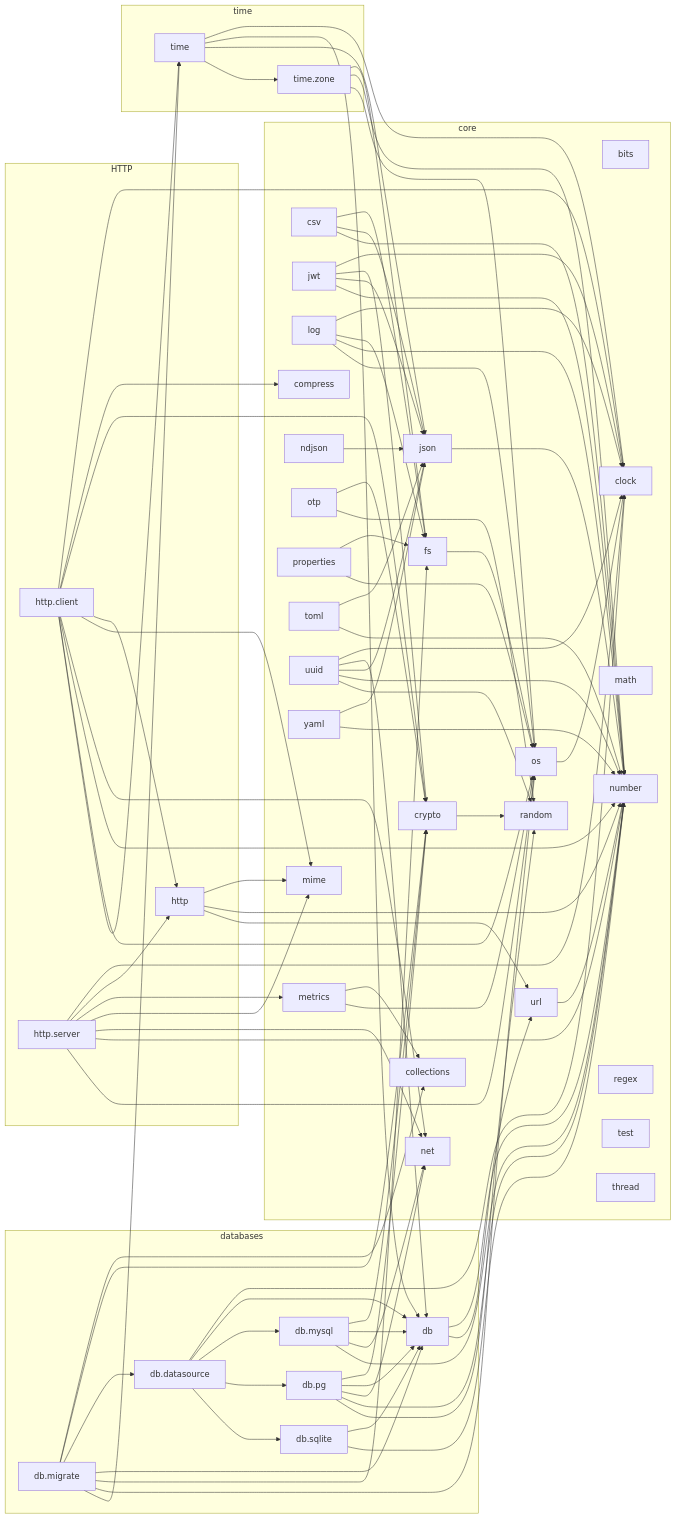
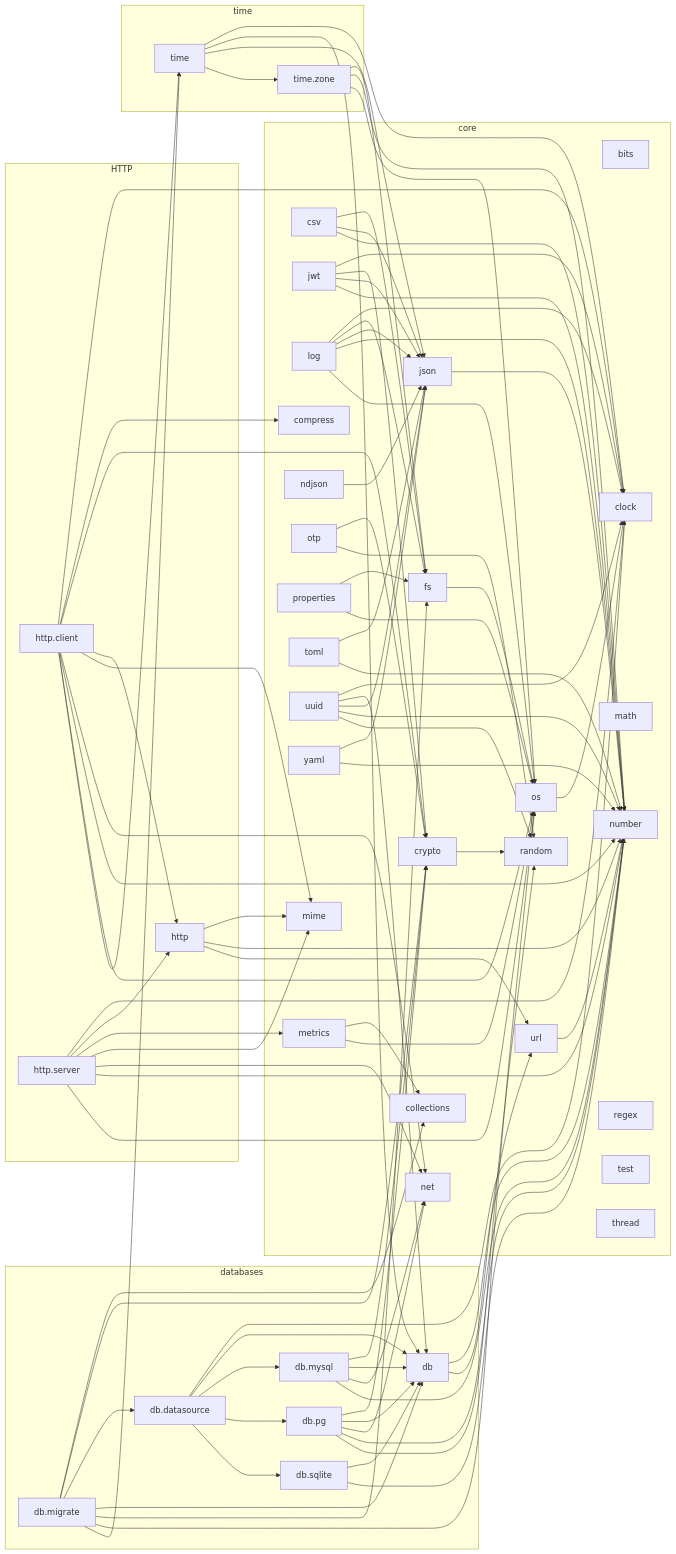
Before and after one commit to vasnatech/ziman: the diagram in docs/lib/dependencies.md, drawn with Mermaid. The commit also changed other lines of this file and 8 other files, not shown here.

```diff
--- a/docs/lib/dependencies.md
+++ b/docs/lib/dependencies.md
@@ -84,6 +84,7 @@
     jwt --> number
     log --> clock
     log --> fs
+    log --> json
     log --> number
     log --> os
     metrics --> collections
```
